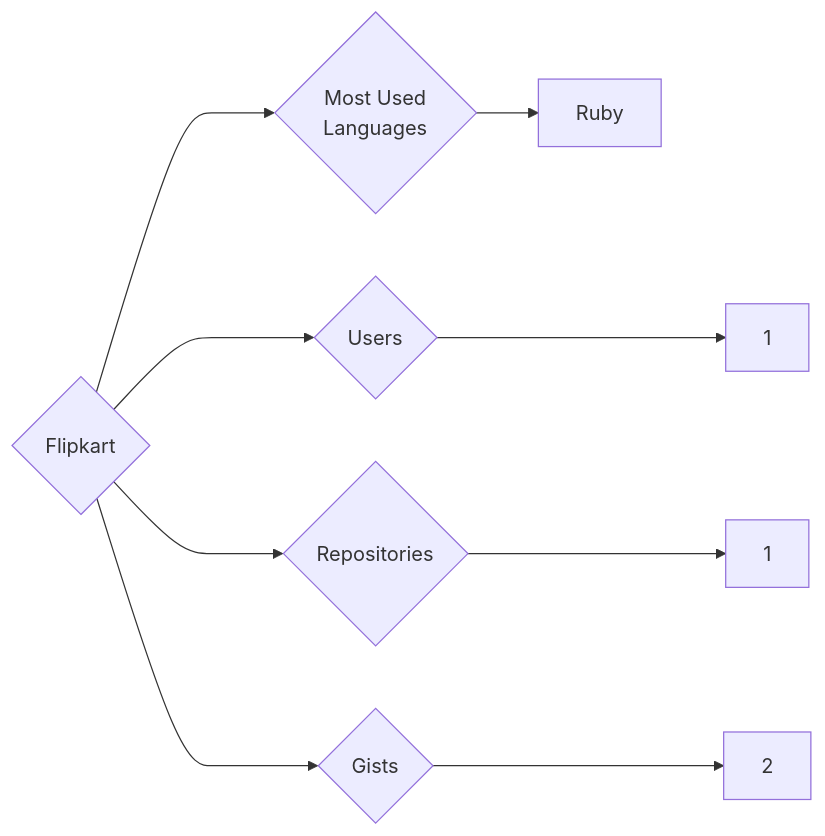
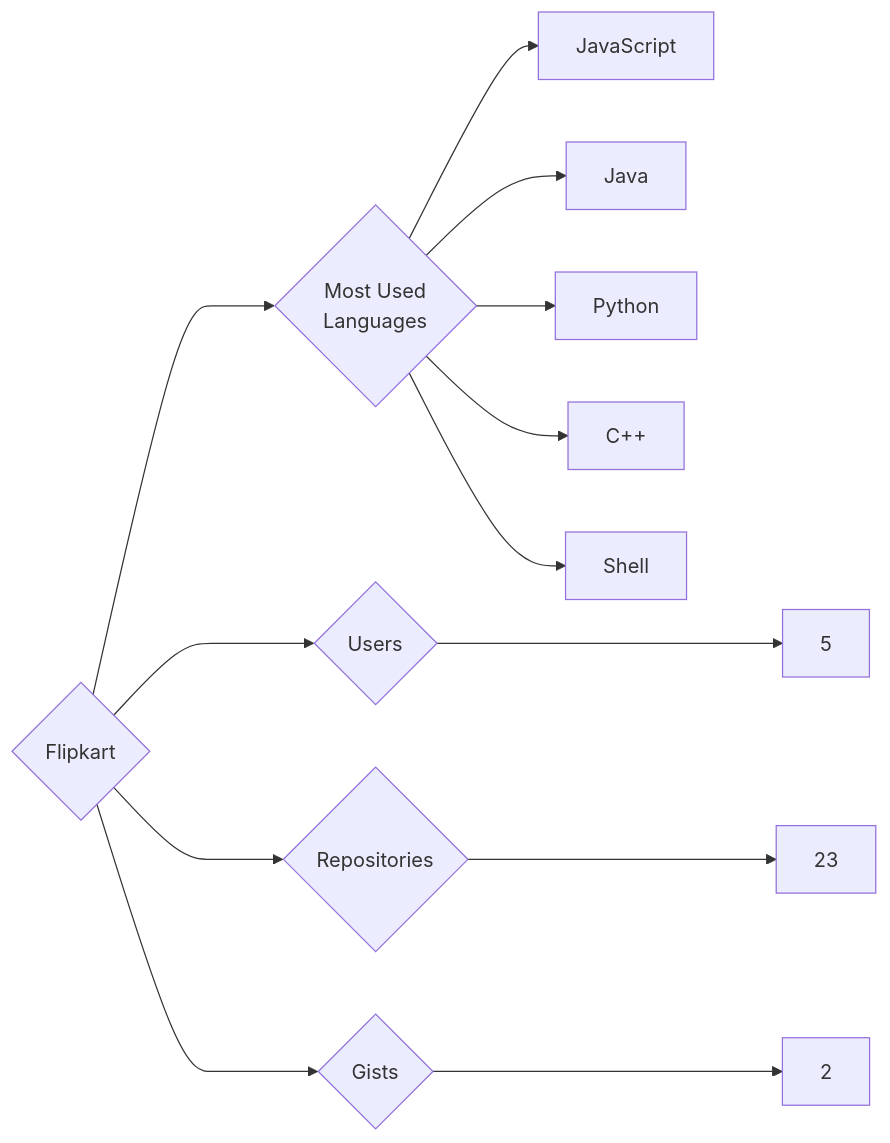
One commit to trickest/insiders changed the diagram in targets/Flipkart/README.md. Above: the diagram before and after it, drawn with Mermaid. The commit also changed 1003 other files, not shown here.

````diff
--- a/targets/Flipkart/README.md
+++ b/targets/Flipkart/README.md
@@ -3,9 +3,13 @@
 ```mermaid
 graph LR
 COMPANY_NAME{Flipkart}
-COMPANY_NAME ---> U{Users} ---> UN[1]
-COMPANY_NAME ---> R{Repositories} ---> RN[1]
+COMPANY_NAME ---> U{Users} ---> UN[5]
+COMPANY_NAME ---> R{Repositories} ---> RN[23]
 COMPANY_NAME ---> G{Gists} ---> GN[2]
 COMPANY_NAME ---> ML{Most Used<br>Languages}
-ML --> Ruby[Ruby]
+ML --> JavaScript[JavaScript]
+ML --> Java[Java]
+ML --> Python[Python]
+ML --> C++[C++]
+ML --> Shell[Shell]
 ```
````
